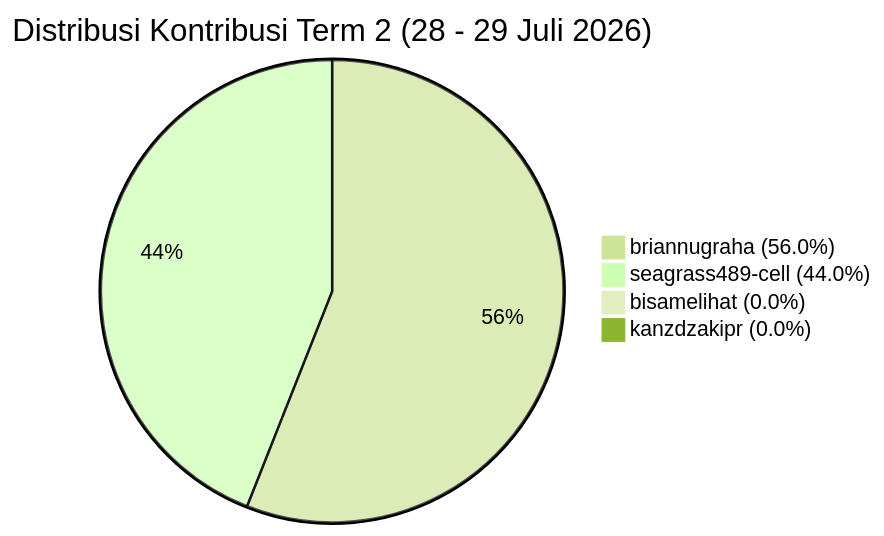
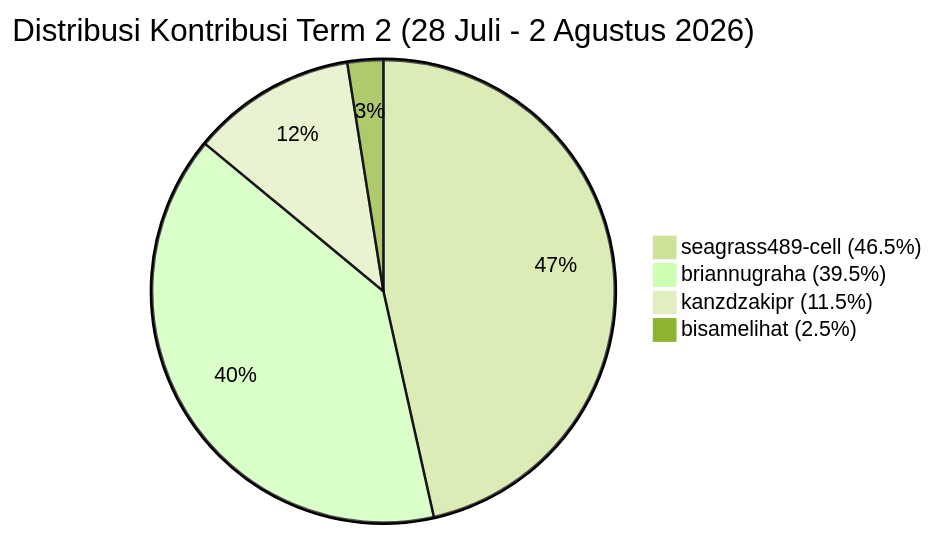
One commit to kanzdzakipr/ServicePlan-BRA changed the third of 3 diagrams in KONTRIBUSI_TIM.md. Above: the diagram before and after it, drawn with Mermaid (forest theme). The commit also changed other lines of this file, not shown here.

Commit message:
update kontribusi tim per 2 agustus

````diff
--- a/KONTRIBUSI_TIM.md
+++ b/KONTRIBUSI_TIM.md
@@ -76,7 +76,7 @@
 ```mermaid
-pie title Distribusi Kontribusi Term 2 (28 - 29 Juli 2026)
-    "briannugraha (56.0%)" : 56.0
-    "seagrass489-cell (44.0%)" : 44.0
-    "bisamelihat (0.0%)" : 0.0
-    "kanzdzakipr (0.0%)" : 0.0
+pie title Distribusi Kontribusi Term 2 (28 Juli - 2 Agustus 2026)
+    "seagrass489-cell (46.5%)" : 46.5
+    "briannugraha (39.5%)" : 39.5
+    "kanzdzakipr (11.5%)" : 11.5
+    "bisamelihat (2.5%)" : 2.5
 ```
````
